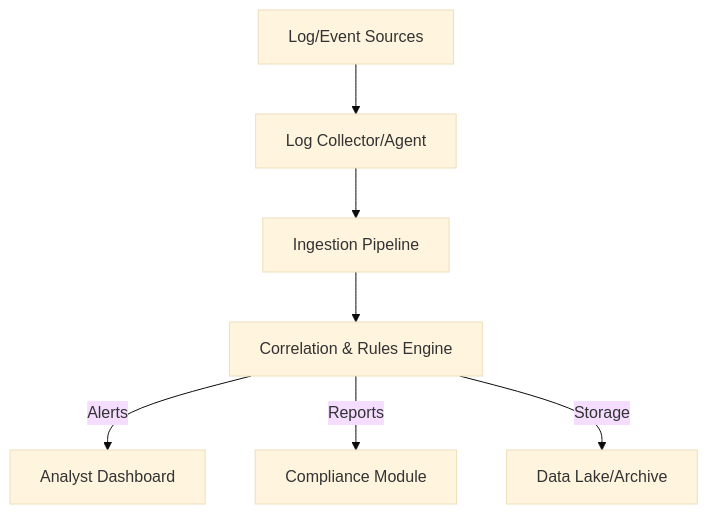
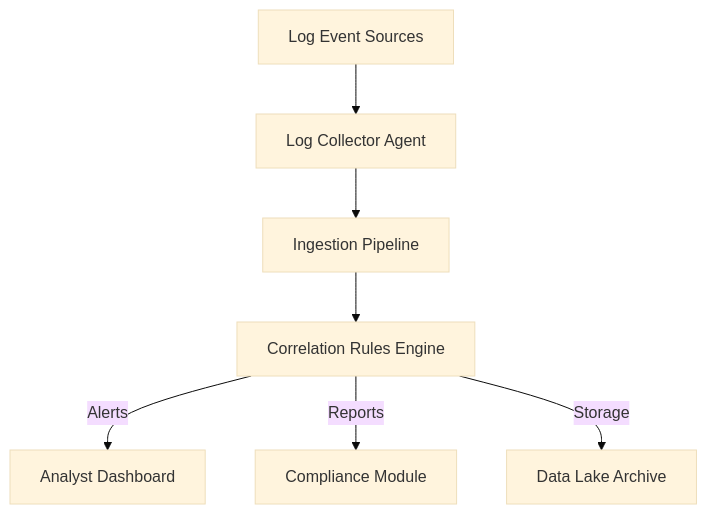
Before and after one commit to TheHaywire/special-waffle: the third of 3 diagrams in docs/architecture/security_operations.md, drawn with Mermaid (base theme). The commit also changed other lines of this file and 9 other files, not shown here.

Commit message:
fix(docs): systematically fix all Mermaid diagrams for compatibility and clarity across architecture and industry guides

````diff
--- a/docs/architecture/security_operations.md
+++ b/docs/architecture/security_operations.md
@@ -62,9 +62,9 @@
 ```mermaid
 flowchart TD
-    A[Log/Event Sources] --> B[Log Collector/Agent]
+    A[Log Event Sources] --> B[Log Collector Agent]
     B --> C[Ingestion Pipeline]
-    C --> D[Correlation & Rules Engine]
+    C --> D[Correlation Rules Engine]
     D -->|Alerts| E[Analyst Dashboard]
     D -->|Reports| F[Compliance Module]
-    D -->|Storage| G[Data Lake/Archive]
+    D -->|Storage| G[Data Lake Archive]
 ```
````
